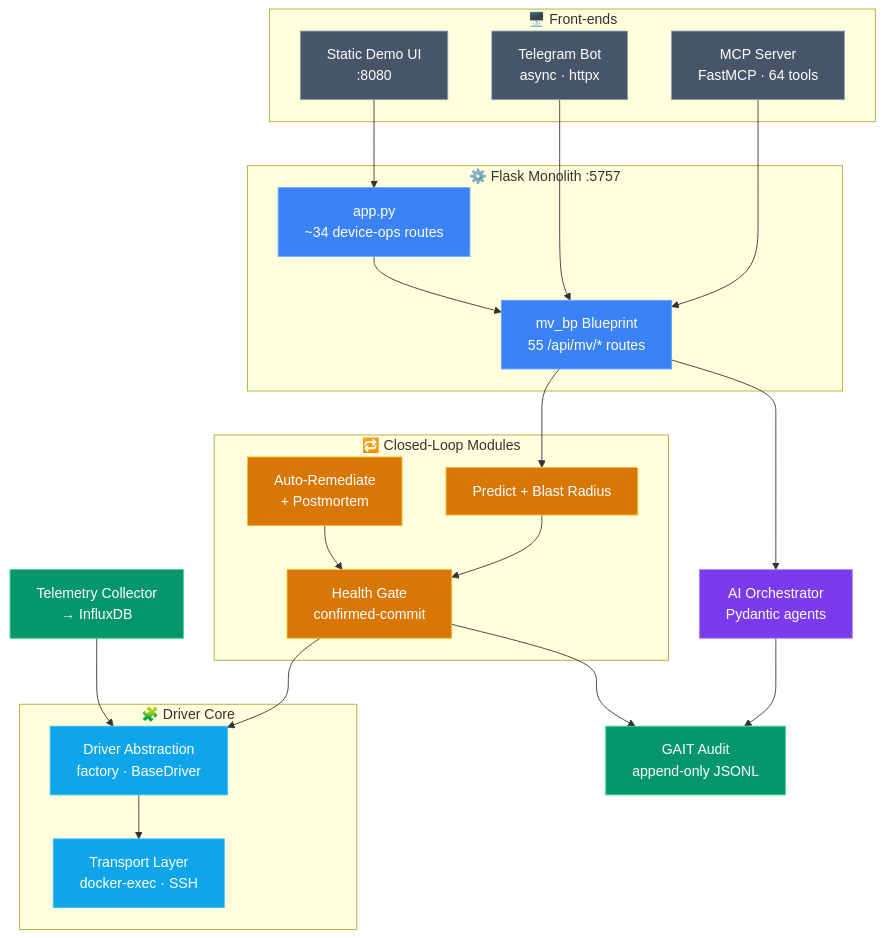
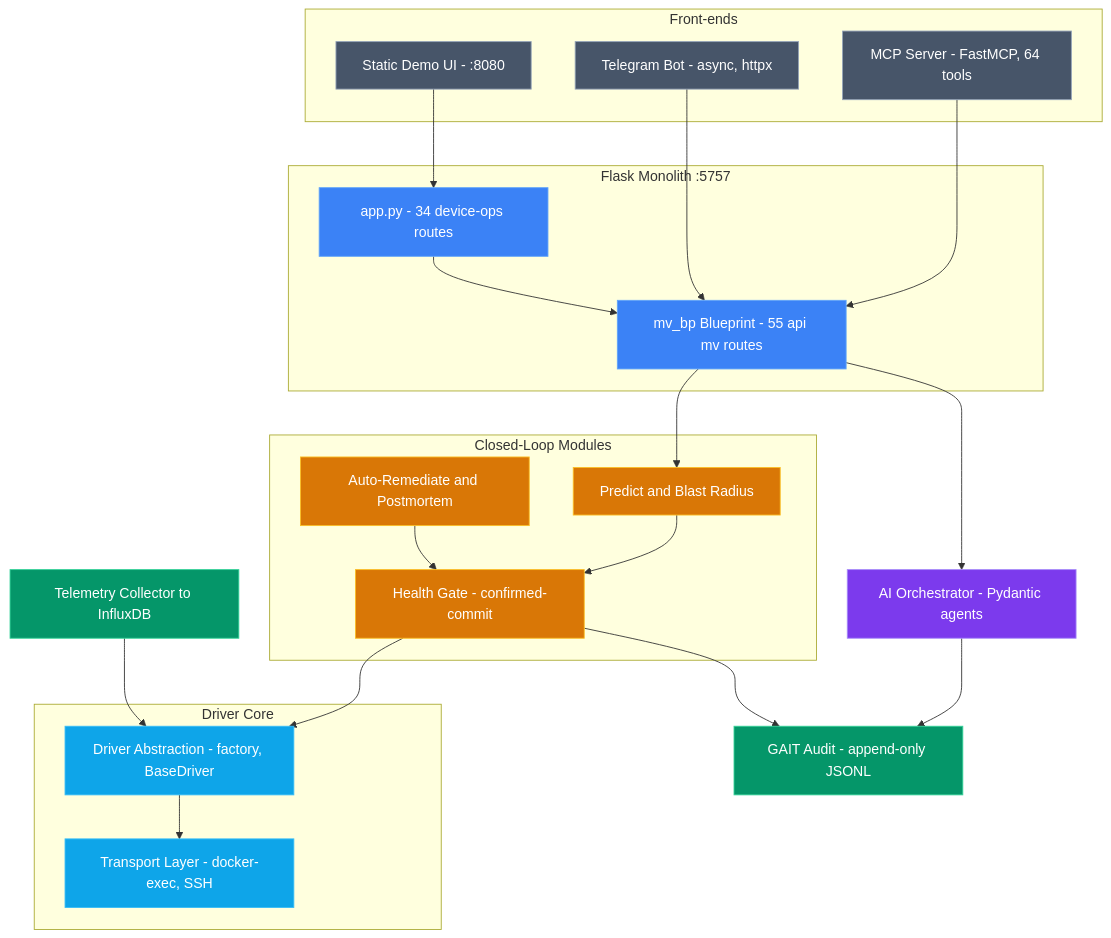
Before and after one commit to gesh75/multivendor-ai-network-lab: the second of 6 diagrams in docs/ARCHITECTURE.md, drawn with Mermaid. The commit also changed other lines of this file and 1 other file, not shown here.

Commit message:
docs: harden mermaid diagrams for reliable GitHub rendering

````diff
--- a/docs/ARCHITECTURE.md
+++ b/docs/ARCHITECTURE.md
@@ -70,48 +70,48 @@
 ```mermaid
 flowchart TB
-    subgraph FE["🖥️ Front-ends"]
-        mcp["MCP Server<br/>FastMCP · 64 tools"]:::edge
-        tg["Telegram Bot<br/>async · httpx"]:::edge
-        ui["Static Demo UI<br/>:8080"]:::edge
+    subgraph FE["Front-ends"]
+        mcp["MCP Server - FastMCP, 64 tools"]:::edge
+        tg["Telegram Bot - async, httpx"]:::edge
+        ui["Static Demo UI - :8080"]:::edge
     end
 
-    subgraph API["⚙️ Flask Monolith :5757"]
-        app["app.py<br/>~34 device-ops routes"]:::svc
-        mvbp["mv_bp Blueprint<br/>55 /api/mv/* routes"]:::svc
+    subgraph API["Flask Monolith :5757"]
+        app["app.py - 34 device-ops routes"]:::svc
+        mvbp["mv_bp Blueprint - 55 api mv routes"]:::svc
     end
 
-    subgraph LOOP["🔁 Closed-Loop Modules"]
-        predict["Predict + Blast Radius"]:::accent
-        gate["Health Gate<br/>confirmed-commit"]:::accent
-        remed["Auto-Remediate<br/>+ Postmortem"]:::accent
+    subgraph LOOP["Closed-Loop Modules"]
+        predict["Predict and Blast Radius"]:::accent
+        gate["Health Gate - confirmed-commit"]:::accent
+        remed["Auto-Remediate and Postmortem"]:::accent
     end
 
-    subgraph CORE["🧩 Driver Core"]
-        driver["Driver Abstraction<br/>factory · BaseDriver"]:::core
-        transport["Transport Layer<br/>docker-exec · SSH"]:::core
+    subgraph CORE["Driver Core"]
+        driver["Driver Abstraction - factory, BaseDriver"]:::core
+        transport["Transport Layer - docker-exec, SSH"]:::core
     end
 
-    orch["AI Orchestrator<br/>Pydantic agents"]:::ai
-    gait["GAIT Audit<br/>append-only JSONL"]:::data
-    tele["Telemetry Collector<br/>→ InfluxDB"]:::data
+    orch["AI Orchestrator - Pydantic agents"]:::ai
+    gait["GAIT Audit - append-only JSONL"]:::data
+    tele["Telemetry Collector to InfluxDB"]:::data
 
     mcp --> mvbp
     tg --> mvbp
     ui --> app
     app --> mvbp
     mvbp --> predict --> gate
     mvbp --> orch
     gate --> driver
     remed --> gate
     driver --> transport
     orch --> gait
     gate --> gait
     tele --> driver
 
     classDef edge fill:#475569,stroke:#94a3b8,color:#fff
     classDef svc fill:#3b82f6,stroke:#60a5fa,color:#fff
     classDef accent fill:#d97706,stroke:#fbbf24,color:#fff
     classDef core fill:#0ea5e9,stroke:#38bdf8,color:#fff
     classDef ai fill:#7c3aed,stroke:#a78bfa,color:#fff
     classDef data fill:#059669,stroke:#34d399,color:#fff
 ```
````
